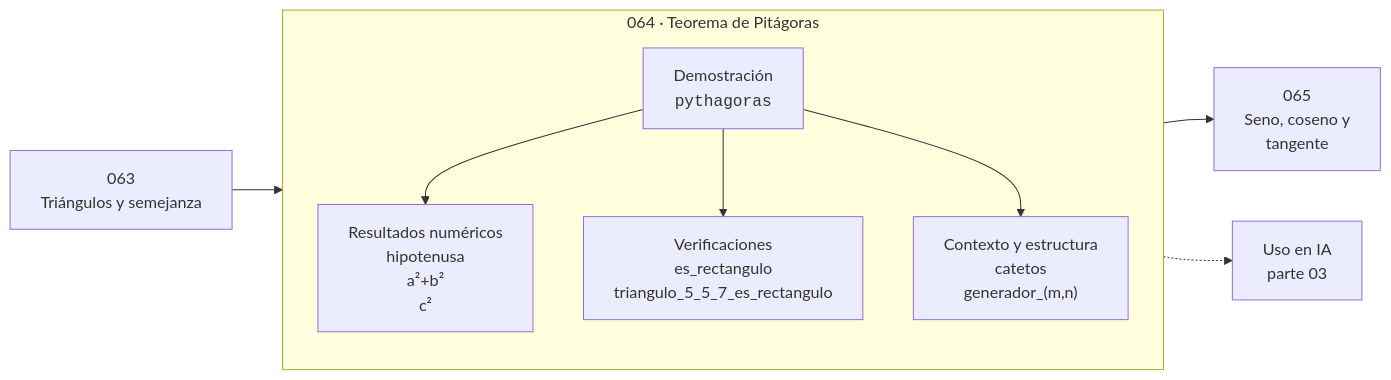
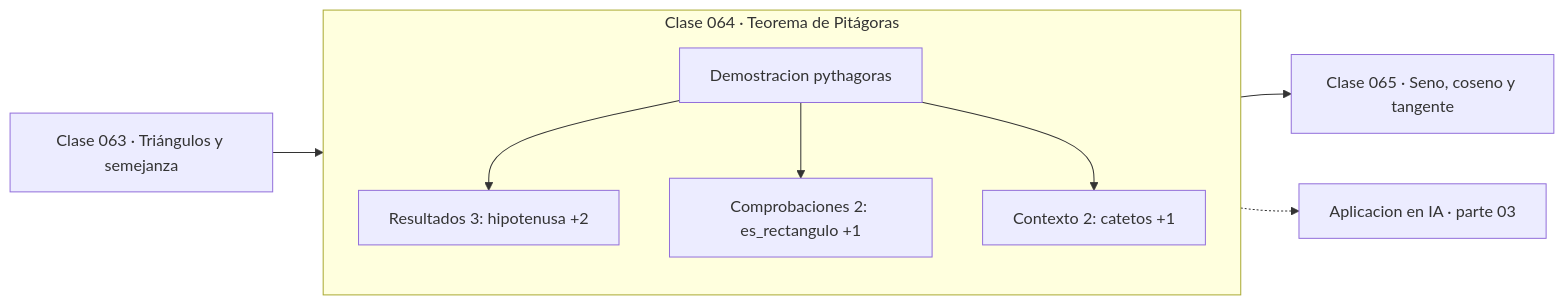
The diagram in classes/part-03-geometria-trigonometria-y-geometria-analitica/064-teorema-de-pitagoras/README.md (vladimiracunadev-create/computational-mathematics-program), drawn with Mermaid before and after one commit. The commit also changed 389 other files, not shown here.

First line of the commit message:
fix(diagramas): elimina el HTML de las etiquetas Mermaid

````diff
--- a/classes/part-03-geometria-trigonometria-y-geometria-analitica/064-teorema-de-pitagoras/README.md
+++ b/classes/part-03-geometria-trigonometria-y-geometria-analitica/064-teorema-de-pitagoras/README.md
@@ -35,12 +35,13 @@
 ```mermaid
 flowchart LR
-    P["063<br/>Triángulos y semejanza"] --> C
-    subgraph C["064 · Teorema de Pitágoras"]
+    P["Clase 063 · Triángulos y semejanza"] --> D
+    subgraph CLASE["Clase 064 · Teorema de Pitágoras"]
         direction TB
-        D["Demostración<br/><code>pythagoras</code>"] --> R["Resultados numéricos<br/>hipotenusa<br/>a²+b²<br/>c²"]
-        D --> V["Verificaciones<br/>es_rectangulo<br/>triangulo_5_5_7_es_rectangulo"]
-        D --> O["Contexto y estructura<br/>catetos<br/>generador_(m,n)"]
+        D["Demostracion pythagoras"]
+        D --> R["Resultados 3: hipotenusa +2"]
+        D --> V["Comprobaciones 2: es_rectangulo +1"]
+        D --> O["Contexto 2: catetos +1"]
     end
-    C --> N["065<br/>Seno, coseno y<br/>tangente"]
-    C -.-> IA["Uso en IA<br/>parte 03"]
+    R --> N["Clase 065 · Seno, coseno y tangente"]
+    V -.-> IA["Aplicacion en IA · parte 03"]
 ```
````
